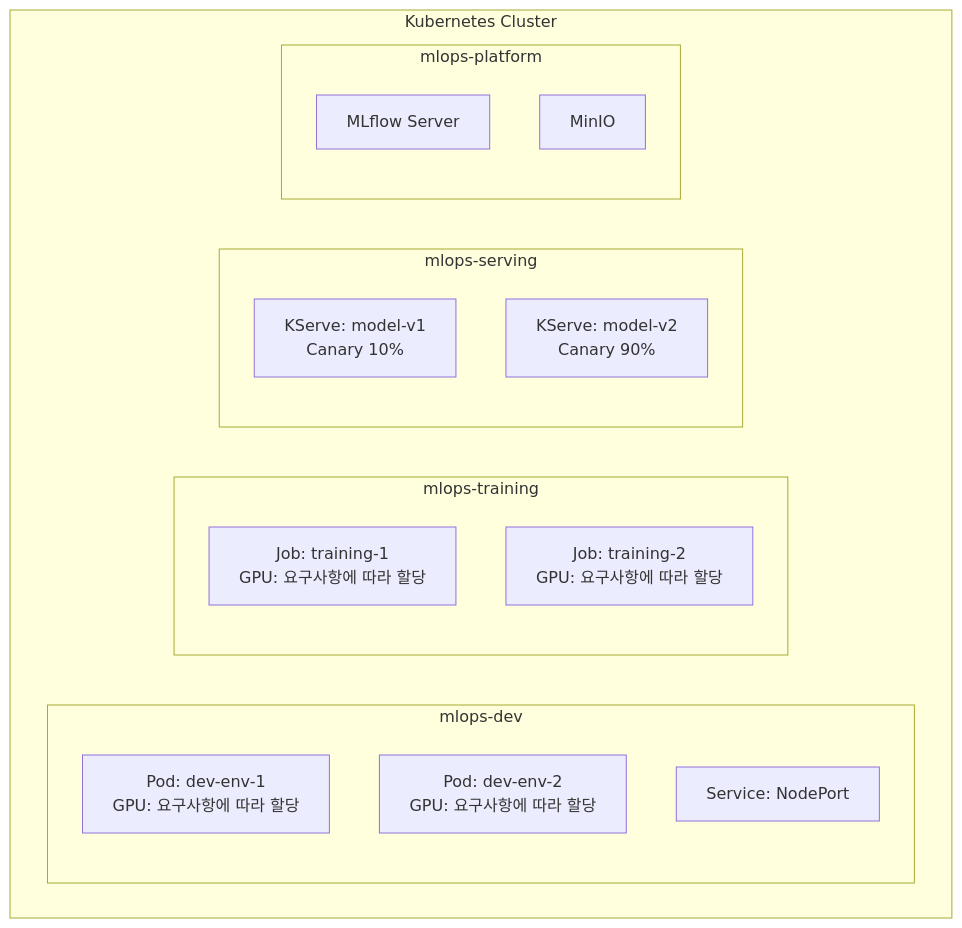
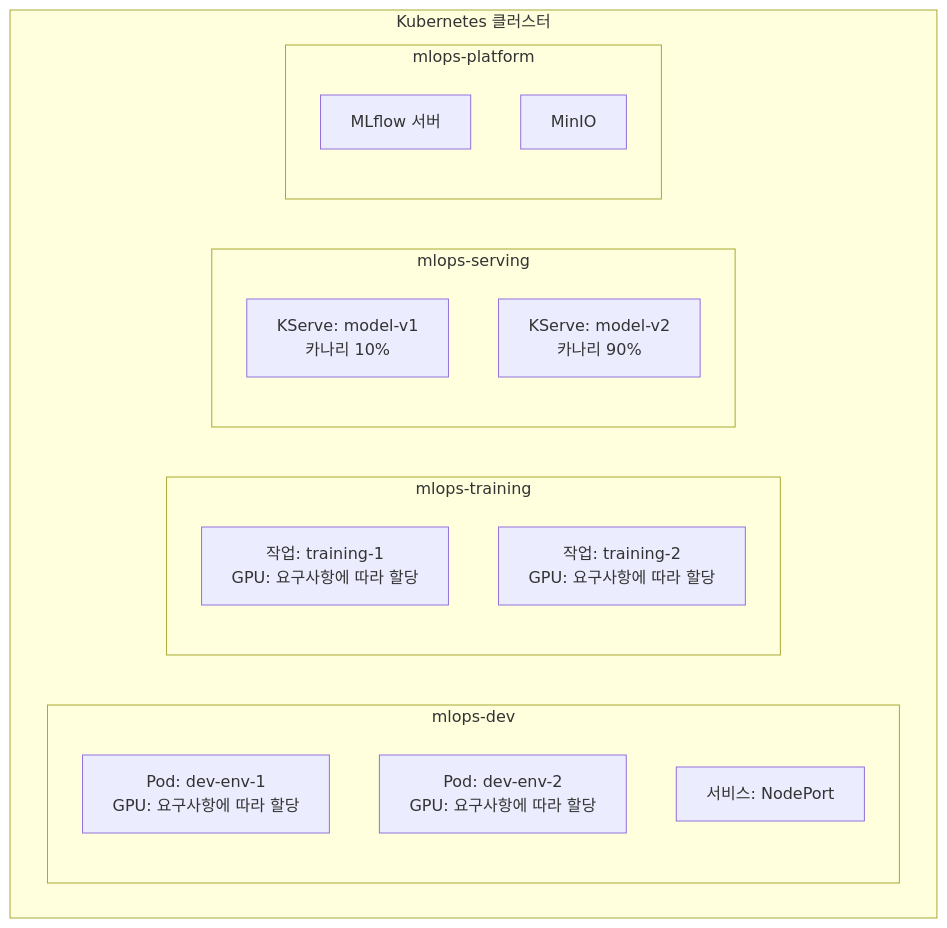
Before and after one commit to as950118/mlops-platform: the third of 6 diagrams in docs/MLOps-Platform-Design.md, drawn with Mermaid. The commit also changed other lines of this file, not shown here.

````diff
--- a/docs/MLOps-Platform-Design.md
+++ b/docs/MLOps-Platform-Design.md
@@ -145,25 +145,25 @@
 ```mermaid
 graph TB
-    subgraph "Kubernetes Cluster"
+    subgraph "Kubernetes 클러스터"
         subgraph "mlops-dev"
             DEV_POD1[Pod: dev-env-1<br/>GPU: 요구사항에 따라 할당]
             DEV_POD2[Pod: dev-env-2<br/>GPU: 요구사항에 따라 할당]
-            DEV_SVC1[Service: NodePort]
+            DEV_SVC1[서비스: NodePort]
         end
         
         subgraph "mlops-training"
-            TRAIN_JOB1[Job: training-1<br/>GPU: 요구사항에 따라 할당]
-            TRAIN_JOB2[Job: training-2<br/>GPU: 요구사항에 따라 할당]
+            TRAIN_JOB1[작업: training-1<br/>GPU: 요구사항에 따라 할당]
+            TRAIN_JOB2[작업: training-2<br/>GPU: 요구사항에 따라 할당]
         end
         
         subgraph "mlops-serving"
-            SERVING1[KServe: model-v1<br/>Canary 10%]
-            SERVING2[KServe: model-v2<br/>Canary 90%]
+            SERVING1[KServe: model-v1<br/>카나리 10%]
+            SERVING2[KServe: model-v2<br/>카나리 90%]
         end
         
         subgraph "mlops-platform"
-            MLFLOW_SVC[MLflow Server]
+            MLFLOW_SVC[MLflow 서버]
             MINIO_SVC[MinIO]
         end
     end
 ```
````
